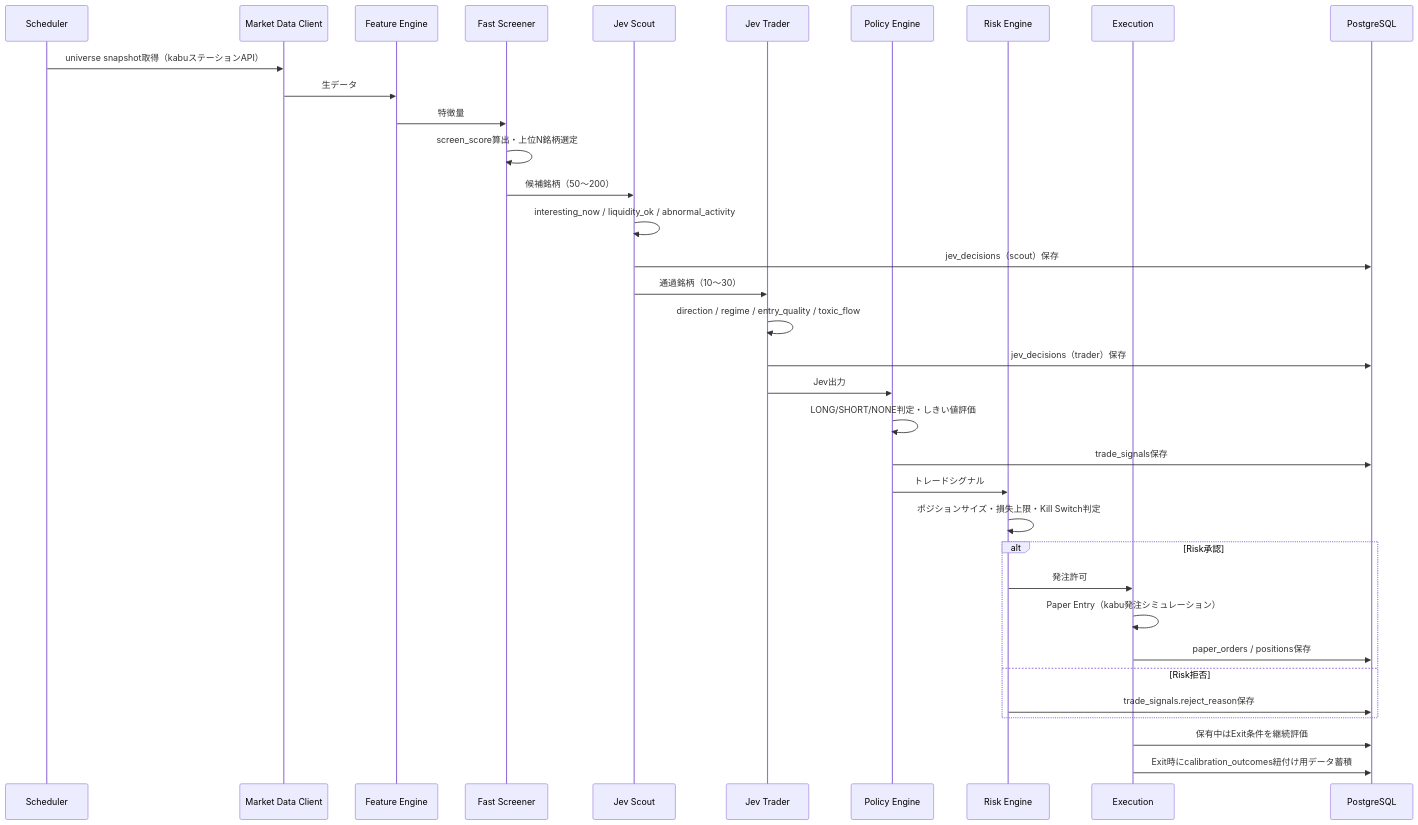
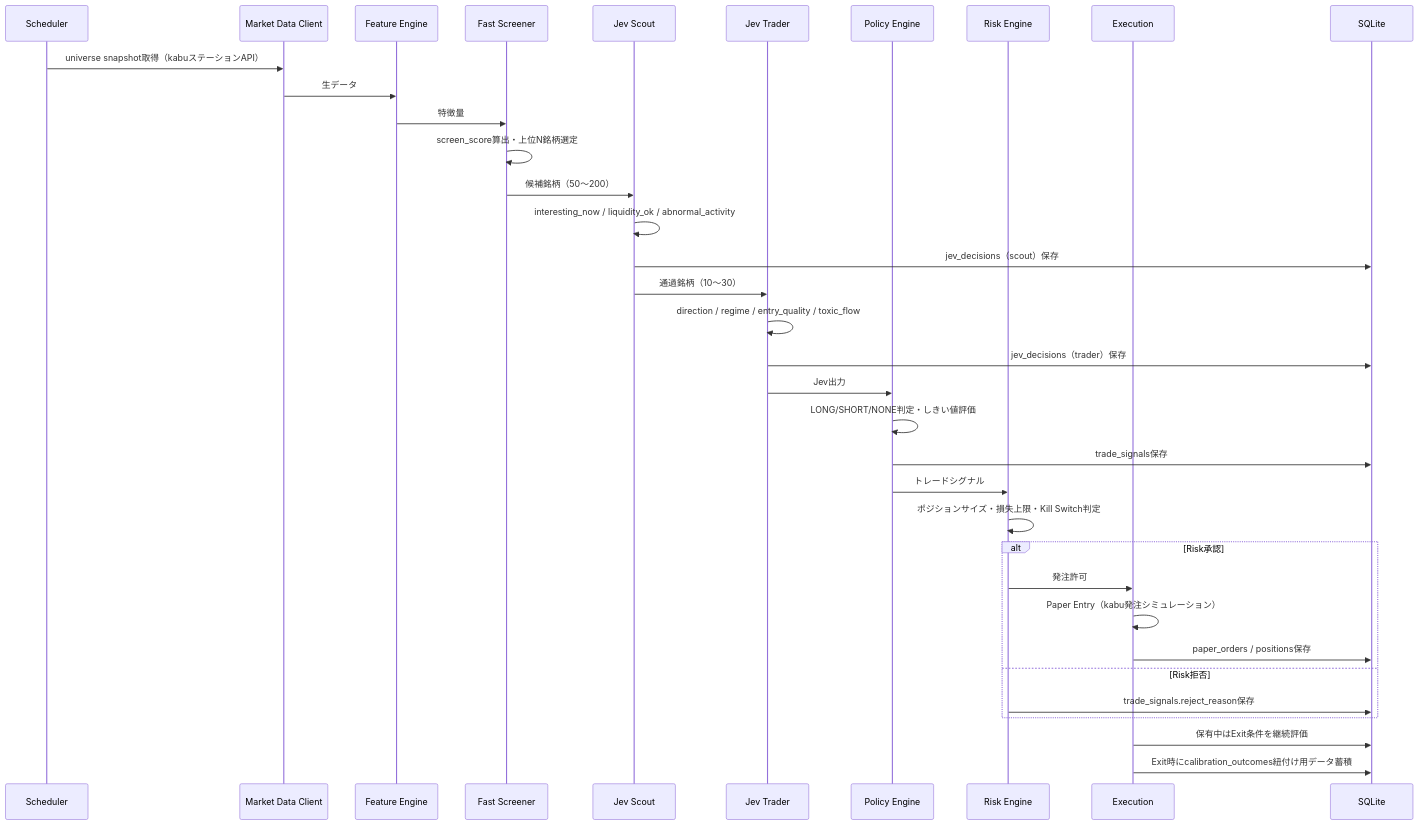
One commit to ousiassllc/pitha-trador changed the second of 3 diagrams in docs/requirements/functional.md. Above: the diagram before and after it, drawn with Mermaid. The commit also changed other lines of this file and 5 other files, not shown here.

````diff
--- a/docs/requirements/functional.md
+++ b/docs/requirements/functional.md
@@ -43,38 +43,38 @@
 ```mermaid
 sequenceDiagram
     participant SCH as Scheduler
     participant MD as Market Data Client
     participant FE as Feature Engine
     participant FS as Fast Screener
     participant JS as Jev Scout
     participant JT as Jev Trader
     participant PE as Policy Engine
     participant RE as Risk Engine
     participant EX as Execution
-    participant DB as PostgreSQL
+    participant DB as SQLite
 
     SCH->>MD: universe snapshot取得（kabuステーションAPI）
     MD->>FE: 生データ
     FE->>FS: 特徴量
     FS->>FS: screen_score算出・上位N銘柄選定
     FS->>JS: 候補銘柄（50〜200）
     JS->>JS: interesting_now / liquidity_ok / abnormal_activity
     JS->>DB: jev_decisions（scout）保存
     JS->>JT: 通過銘柄（10〜30）
     JT->>JT: direction / regime / entry_quality / toxic_flow
     JT->>DB: jev_decisions（trader）保存
     JT->>PE: Jev出力
     PE->>PE: LONG/SHORT/NONE判定・しきい値評価
     PE->>DB: trade_signals保存
     PE->>RE: トレードシグナル
     RE->>RE: ポジションサイズ・損失上限・Kill Switch判定
     alt Risk承認
         RE->>EX: 発注許可
         EX->>EX: Paper Entry（kabu発注シミュレーション）
         EX->>DB: paper_orders / positions保存
     else Risk拒否
         RE->>DB: trade_signals.reject_reason保存
     end
     EX->>DB: 保有中はExit条件を継続評価
     EX->>DB: Exit時にcalibration_outcomes紐付け用データ蓄積
 ```
````
